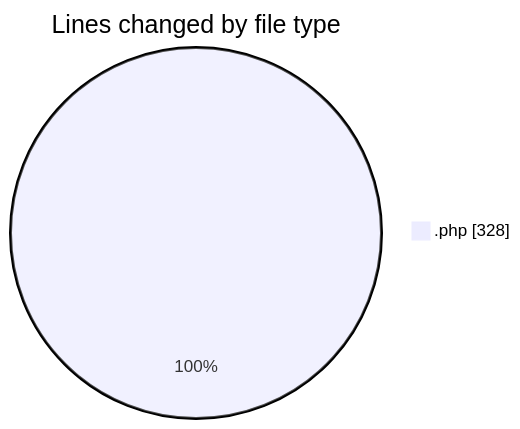
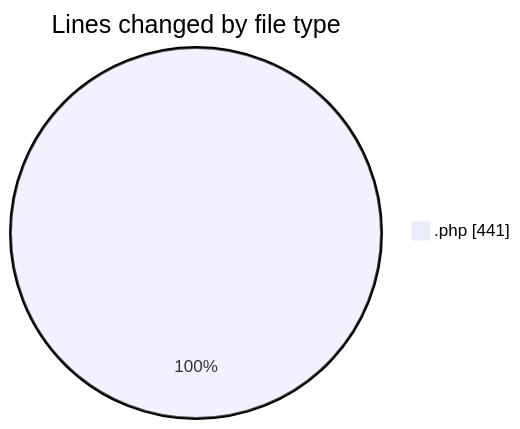
The first of 2 diagrams in 2025-06-18/studio-backend/README.md (idhammustaqopulfikri/code-tracking), drawn with Mermaid before and after one commit. The commit also changed other lines of this file and 1 other file, not shown here.

````diff
--- a/2025-06-18/studio-backend/README.md
+++ b/2025-06-18/studio-backend/README.md
@@ -21,5 +21,5 @@
 ```mermaid
 pie showData
 title Lines changed by file type
-".php" : 328
+".php" : 441
 ```
````
